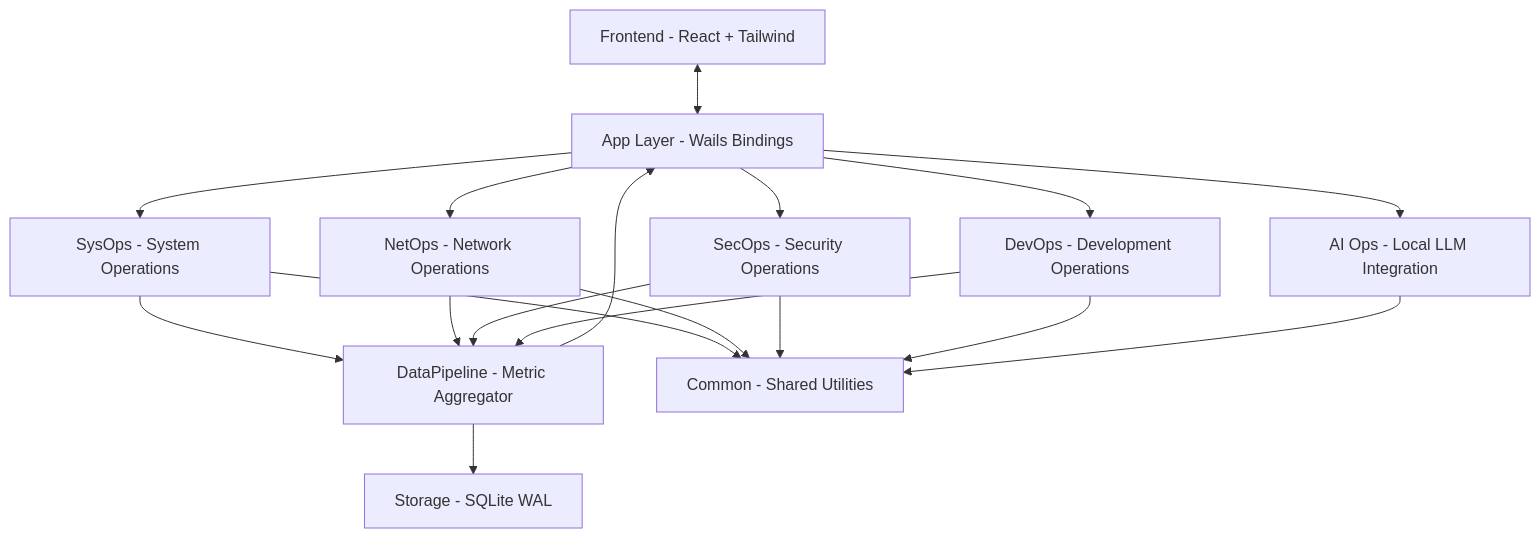
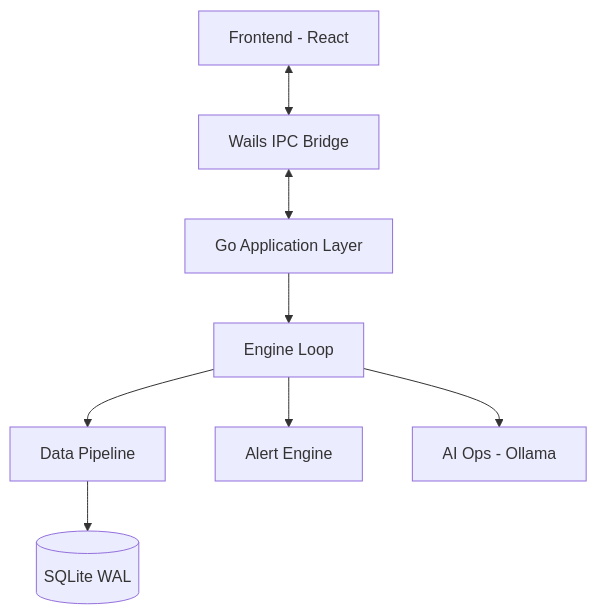
One commit to shahriarhaqueabir/UniversalOps changed the first of 3 diagrams in docs/ARCHITECTURE.md. Above: the diagram before and after it, drawn with Mermaid. The commit also changed other lines of this file and 101 other files, not shown here.

````diff
--- a/docs/ARCHITECTURE.md
+++ b/docs/ARCHITECTURE.md
@@ -45,30 +36,10 @@
 ```mermaid
 graph TD
-    FE[Frontend - React + Tailwind]
-    APP[App Layer - Wails Bindings]
-    SYS[SysOps - System Operations]
-    NET[NetOps - Network Operations]
-    SEC[SecOps - Security Operations]
-    DEV[DevOps - Development Operations]
-    AI[AI Ops - Local LLM Integration]
-    PIPE[DataPipeline - Metric Aggregator]
-    DB[Storage - SQLite WAL]
-    COMMON[Common - Shared Utilities]
-    
-    FE <--> APP
-    APP --> SYS
-    APP --> NET
-    APP --> SEC
-    APP --> DEV
-    APP --> AI
-    
-    SYS --> PIPE
-    NET --> PIPE
-    SEC --> PIPE
-    DEV --> PIPE
-    
-    PIPE --> DB
-    PIPE --> APP
-    
-    SYS & NET & SEC & DEV & AI --> COMMON
+    UI[Frontend - React] <--> W[Wails IPC Bridge]
+    W <--> APP[Go Application Layer]
+    APP --> EL[Engine Loop]
+    EL --> DP[Data Pipeline]
+    DP --> DB[(SQLite WAL)]
+    EL --> AE[Alert Engine]
+    EL --> AI[AI Ops - Ollama]
 ```
````
